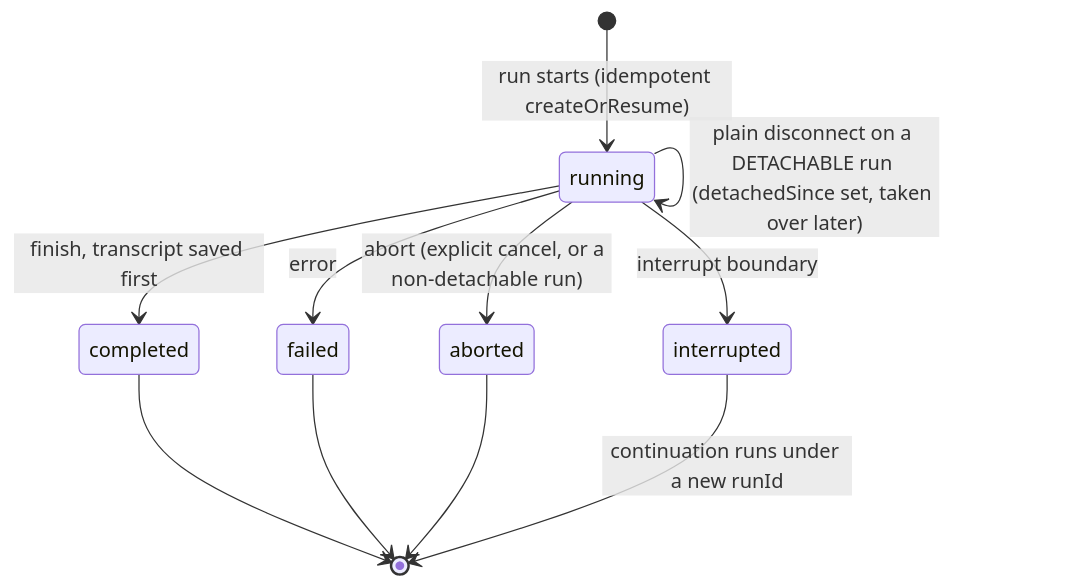
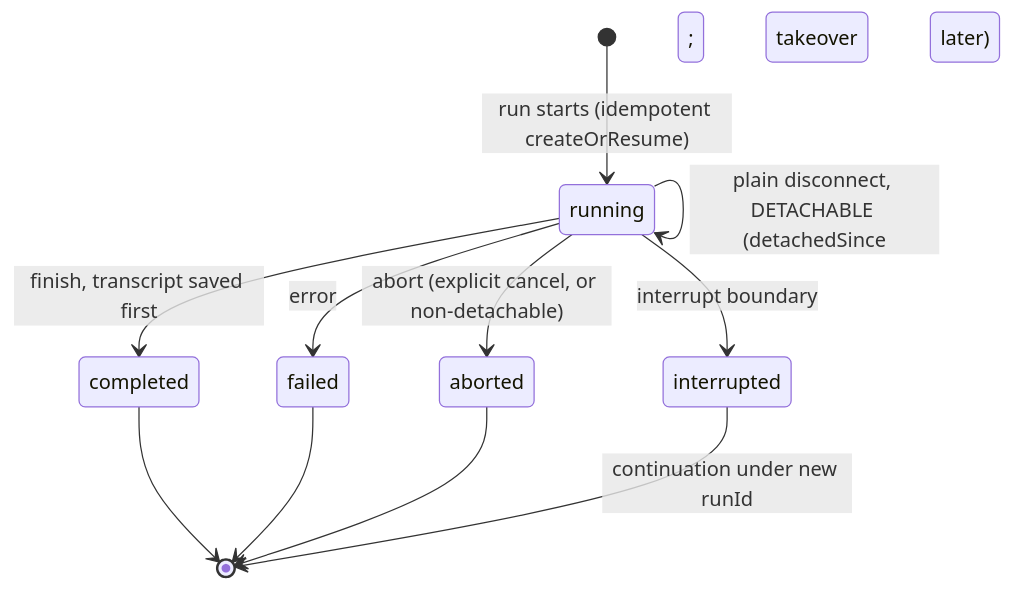
The first of 2 diagrams in docs/persistence/chat-persistence.md (SystemSculpt/ai), drawn with Mermaid before and after one commit. The commit also changed other lines of this file and 141 other files, not shown here.

````diff
--- a/docs/persistence/chat-persistence.md
+++ b/docs/persistence/chat-persistence.md
@@ -136,13 +94,13 @@
 ```mermaid
 stateDiagram-v2
     [*] --> running : run starts (idempotent createOrResume)
     running --> completed : finish, transcript saved first
     running --> failed : error
-    running --> aborted : abort (explicit cancel, or a non-detachable run)
+    running --> aborted : abort (explicit cancel, or non-detachable)
     running --> interrupted : interrupt boundary
-    running --> running : plain disconnect on a DETACHABLE run (detachedSince set, taken over later)
+    running --> running : plain disconnect, DETACHABLE (detachedSince; takeover later)
     completed --> [*]
     failed --> [*]
     aborted --> [*]
-    interrupted --> [*] : continuation runs under a new runId
+    interrupted --> [*] : continuation under new runId
 ```
````
